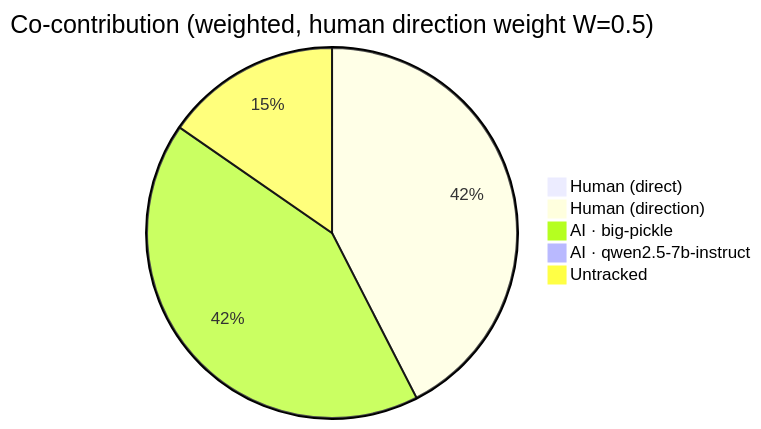
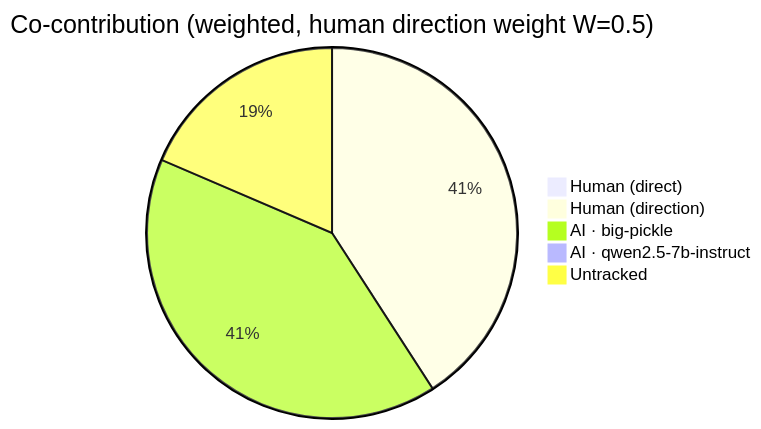
Before and after one commit to CaliMark/game-of-life: the first of 7 diagrams in AI-AUTHORSHIP.md, drawn with Mermaid. The commit also changed other lines of this file and 1 other file, not shown here.

````diff
--- a/AI-AUTHORSHIP.md
+++ b/AI-AUTHORSHIP.md
@@ -23,8 +23,8 @@
 ```mermaid
 pie title Co-contribution (weighted, human direction weight W=0.5)
     "Human (direct)" : 0
     "Human (direction)" : 293
     "AI · big-pickle" : 291
     "AI · qwen2.5-7b-instruct" : 1
-    "Untracked" : 106
+    "Untracked" : 133
 ```
````
